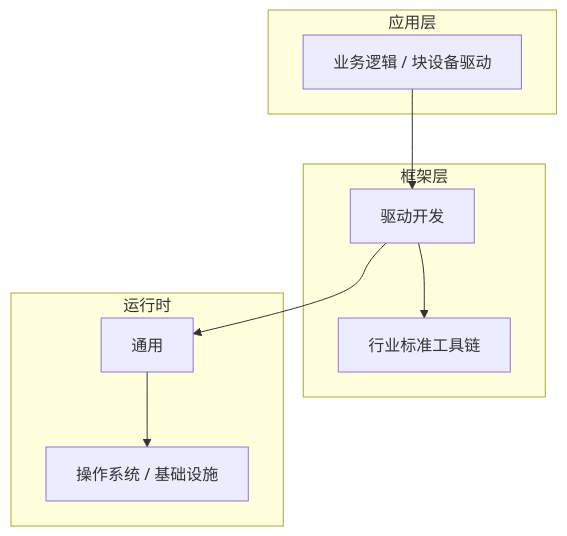
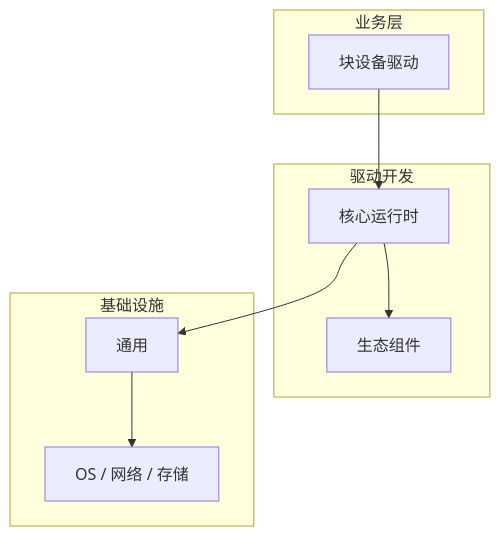
Before and after one commit to yanggan2015/knowledge-json-v2: the diagram in articles/驱动开发/chapters/021-块设备驱动核心概念与原理.md, drawn with Mermaid. The commit also changed other lines of this file and 10127 other files, not shown here.

````diff
--- a/articles/驱动开发/chapters/021-块设备驱动核心概念与原理.md
+++ b/articles/驱动开发/chapters/021-块设备驱动核心概念与原理.md
@@ -45,18 +34,18 @@
 ```mermaid
 graph TB
-    subgraph 应用层
-        A[业务逻辑 / 块设备驱动]
+    subgraph 业务层
+        A[块设备驱动]
     end
-    subgraph 框架层
-        B[驱动开发]
-        C[行业标准工具链]
+    subgraph 驱动开发
+        B[核心运行时]
+        C[生态组件]
     end
-    subgraph 运行时
+    subgraph 基础设施
         D[通用]
-        E[操作系统 / 基础设施]
+        E[OS / 网络 / 存储]
     end
     A --> B
     B --> C
     B --> D
     D --> E
 ```
````
